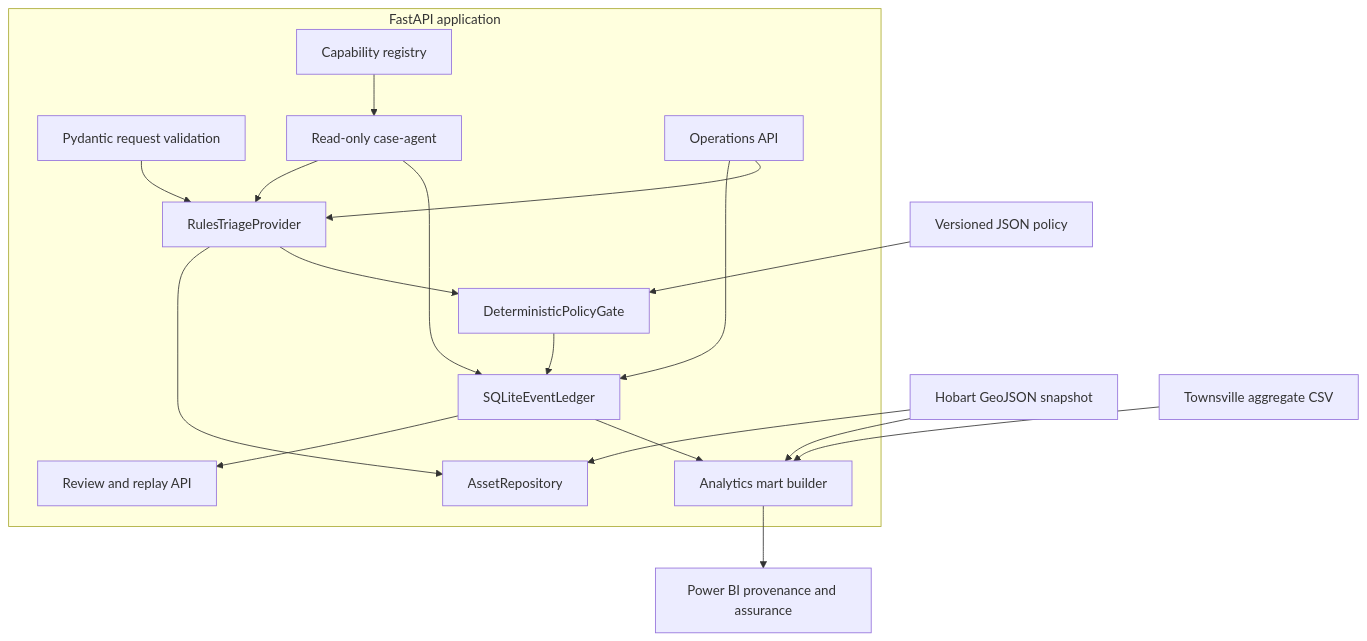
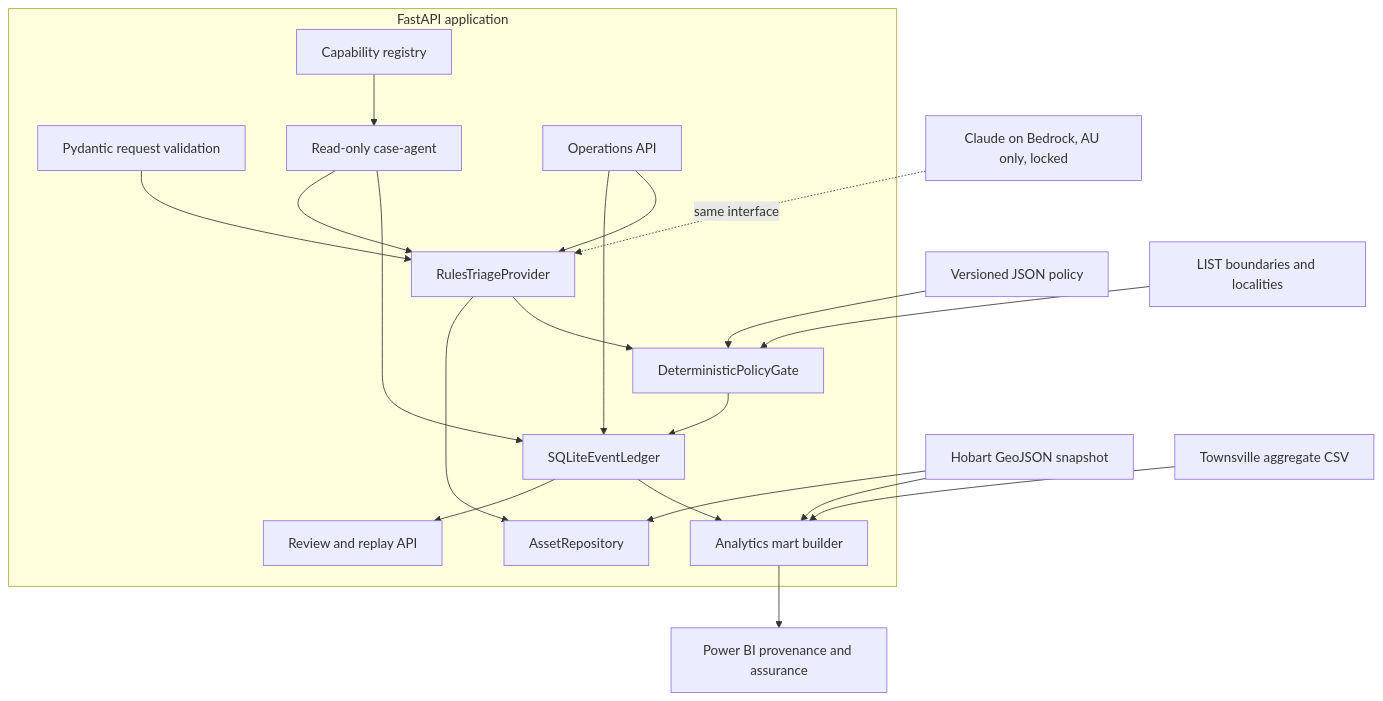
One commit to Zeeekrom/rivulet-localops changed the first of 2 diagrams in docs/TECHNICAL_ARCHITECTURE.md. Above: the diagram before and after it, drawn with Mermaid. The commit also changed other lines of this file and 2 other files, not shown here.

Commit message:
docs: bring the architecture, security and sprint evidence pages up to v0.10.0

````diff
--- a/docs/TECHNICAL_ARCHITECTURE.md
+++ b/docs/TECHNICAL_ARCHITECTURE.md
@@ -26,34 +30,36 @@
 ```mermaid
 flowchart TB
     subgraph API[FastAPI application]
         V[Pydantic request validation]
         T[RulesTriageProvider]
         A[AssetRepository]
         G[DeterministicPolicyGate]
         E[SQLiteEventLedger]
     C[Capability registry]
     B[Read-only case-agent]
     R[Review and replay API]
     O[Operations API]
     M[Analytics mart builder]
     end
 
     P[Power BI provenance and assurance]
 
     J[Versioned JSON policy] --> G
     H[Hobart GeoJSON snapshot] --> A
+    LB[LIST boundaries and localities] --> G
+    MB[Claude on Bedrock, AU only, locked] -. same interface .-> T
     V --> T
     C --> B
     B --> T
     B --> E
     T --> A
     T --> G
     G --> E
     E --> R
     O --> E
     O --> T
     E --> M
     H --> M
     X[Townsville aggregate CSV] --> M
     M --> P
 ```
````
